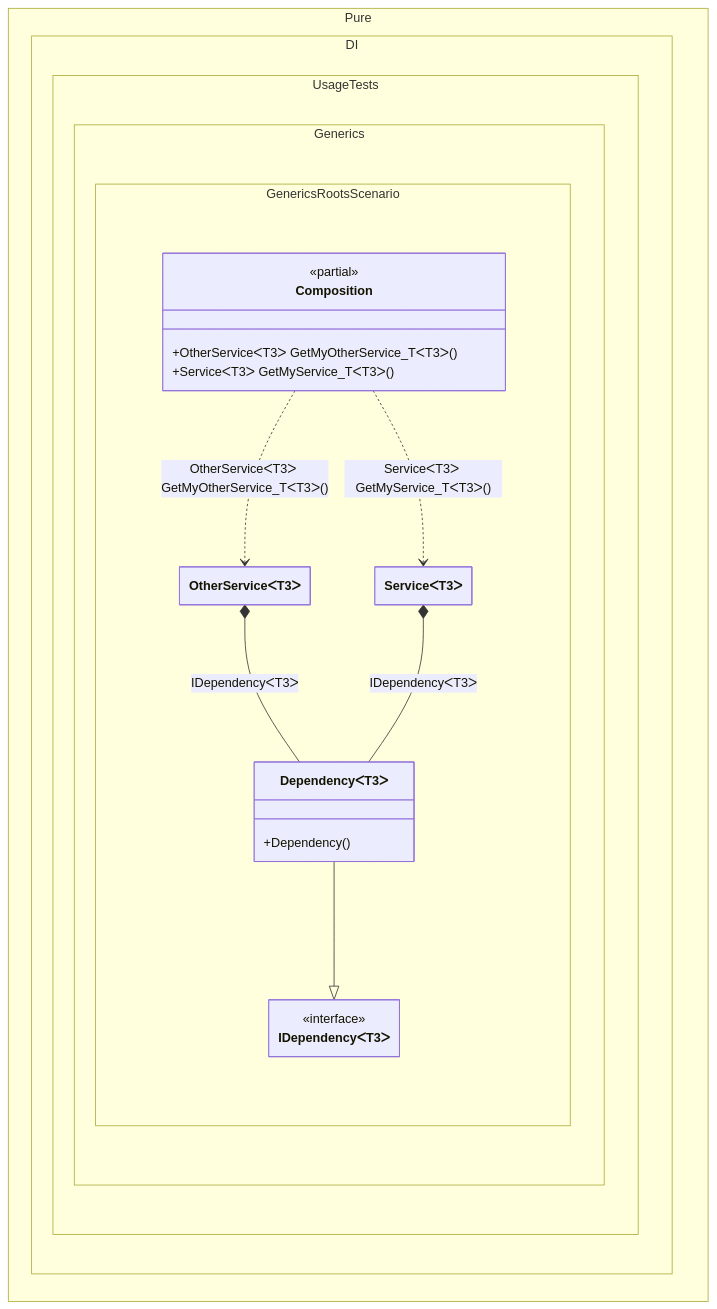
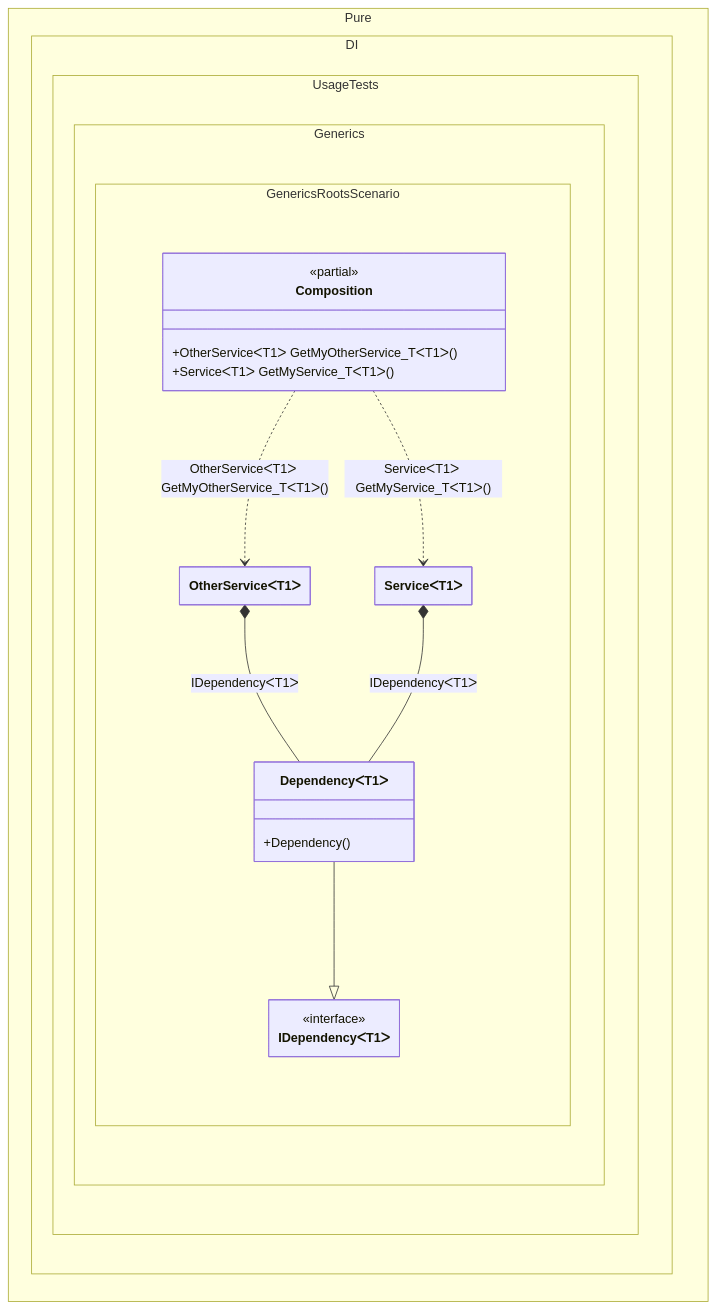
The diagram in readme/generic-roots.md (DevTeam/Pure.DI), drawn with Mermaid before and after one commit. The commit also changed other lines of this file and 177 other files, not shown here.

````diff
--- a/readme/generic-roots.md
+++ b/readme/generic-roots.md
@@ -105,30 +105,30 @@
 ```mermaid
 ---
  config:
   class:
    hideEmptyMembersBox: true
 ---
 classDiagram
-	DependencyᐸT3ᐳ --|> IDependencyᐸT3ᐳ
-	Composition ..> OtherServiceᐸT3ᐳ : OtherServiceᐸT3ᐳ GetMyOtherService_TᐸT3ᐳ()
-	Composition ..> ServiceᐸT3ᐳ : ServiceᐸT3ᐳ GetMyService_TᐸT3ᐳ()
-	OtherServiceᐸT3ᐳ *--  DependencyᐸT3ᐳ : IDependencyᐸT3ᐳ
-	ServiceᐸT3ᐳ *--  DependencyᐸT3ᐳ : IDependencyᐸT3ᐳ
+	DependencyᐸT1ᐳ --|> IDependencyᐸT1ᐳ
+	Composition ..> OtherServiceᐸT1ᐳ : OtherServiceᐸT1ᐳ GetMyOtherService_TᐸT1ᐳ()
+	Composition ..> ServiceᐸT1ᐳ : ServiceᐸT1ᐳ GetMyService_TᐸT1ᐳ()
+	OtherServiceᐸT1ᐳ *--  DependencyᐸT1ᐳ : IDependencyᐸT1ᐳ
+	ServiceᐸT1ᐳ *--  DependencyᐸT1ᐳ : IDependencyᐸT1ᐳ
 	namespace Pure.DI.UsageTests.Generics.GenericsRootsScenario {
 		class Composition {
 		<<partial>>
-		+OtherServiceᐸT3ᐳ GetMyOtherService_TᐸT3ᐳ()
-		+ServiceᐸT3ᐳ GetMyService_TᐸT3ᐳ()
+		+OtherServiceᐸT1ᐳ GetMyOtherService_TᐸT1ᐳ()
+		+ServiceᐸT1ᐳ GetMyService_TᐸT1ᐳ()
 		}
-		class DependencyᐸT3ᐳ {
+		class DependencyᐸT1ᐳ {
 			+Dependency()
 		}
-		class IDependencyᐸT3ᐳ {
+		class IDependencyᐸT1ᐳ {
 			<<interface>>
 		}
-		class OtherServiceᐸT3ᐳ {
+		class OtherServiceᐸT1ᐳ {
 		}
-		class ServiceᐸT3ᐳ {
+		class ServiceᐸT1ᐳ {
 		}
 	}
 ```
````
